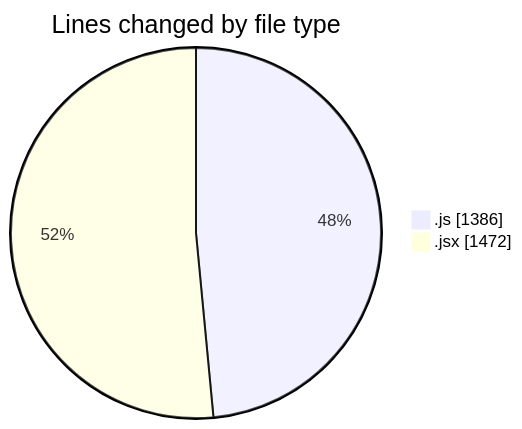
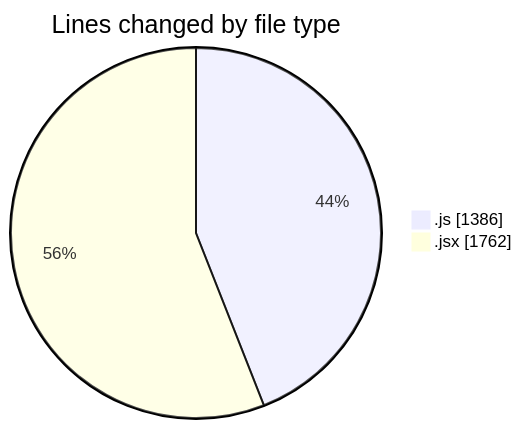
One commit to nxtqubesakshisongat/code-tracking changed the first of 2 diagrams in 2025-07-29/nxtqube_webapp/README.md. Above: the diagram before and after it, drawn with Mermaid. The commit also changed other lines of this file and 1 other file, not shown here.

````diff
--- a/2025-07-29/nxtqube_webapp/README.md
+++ b/2025-07-29/nxtqube_webapp/README.md
@@ -27,6 +28,6 @@
 ```mermaid
 pie showData
 title Lines changed by file type
 ".js" : 1386
-".jsx" : 1472
+".jsx" : 1762
 ```
````
